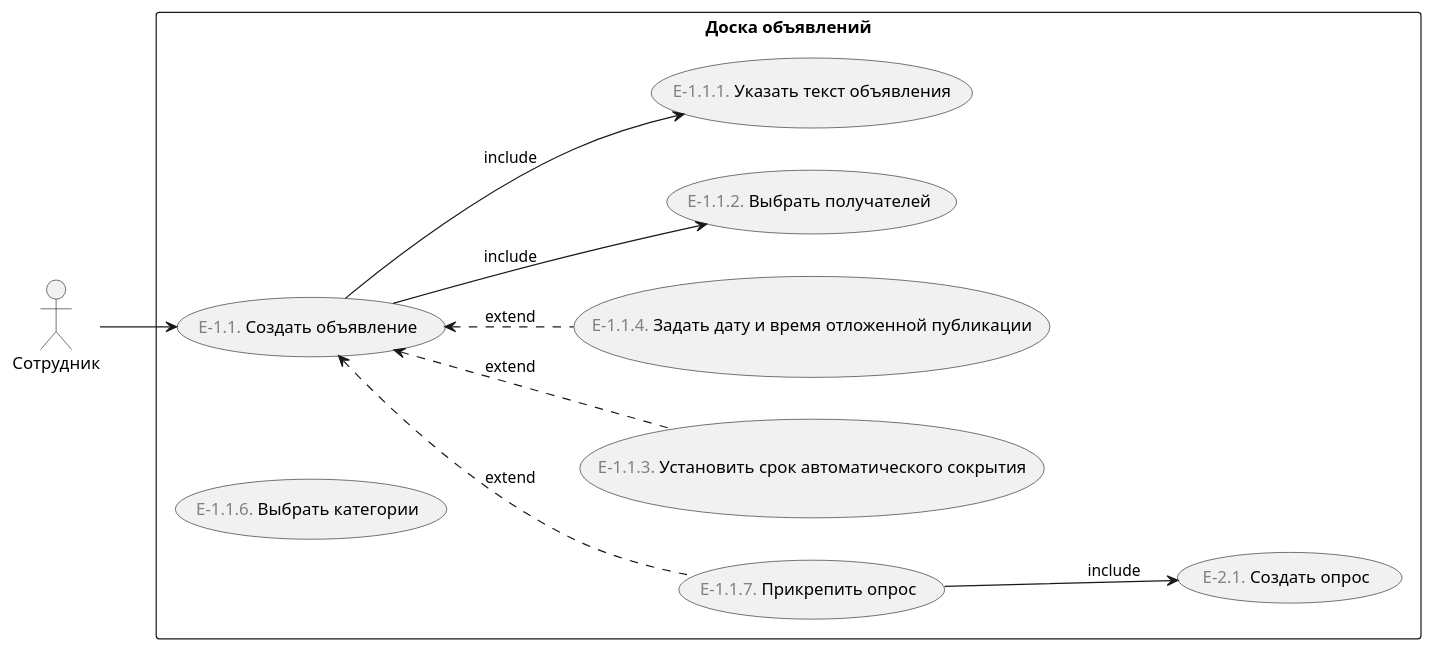
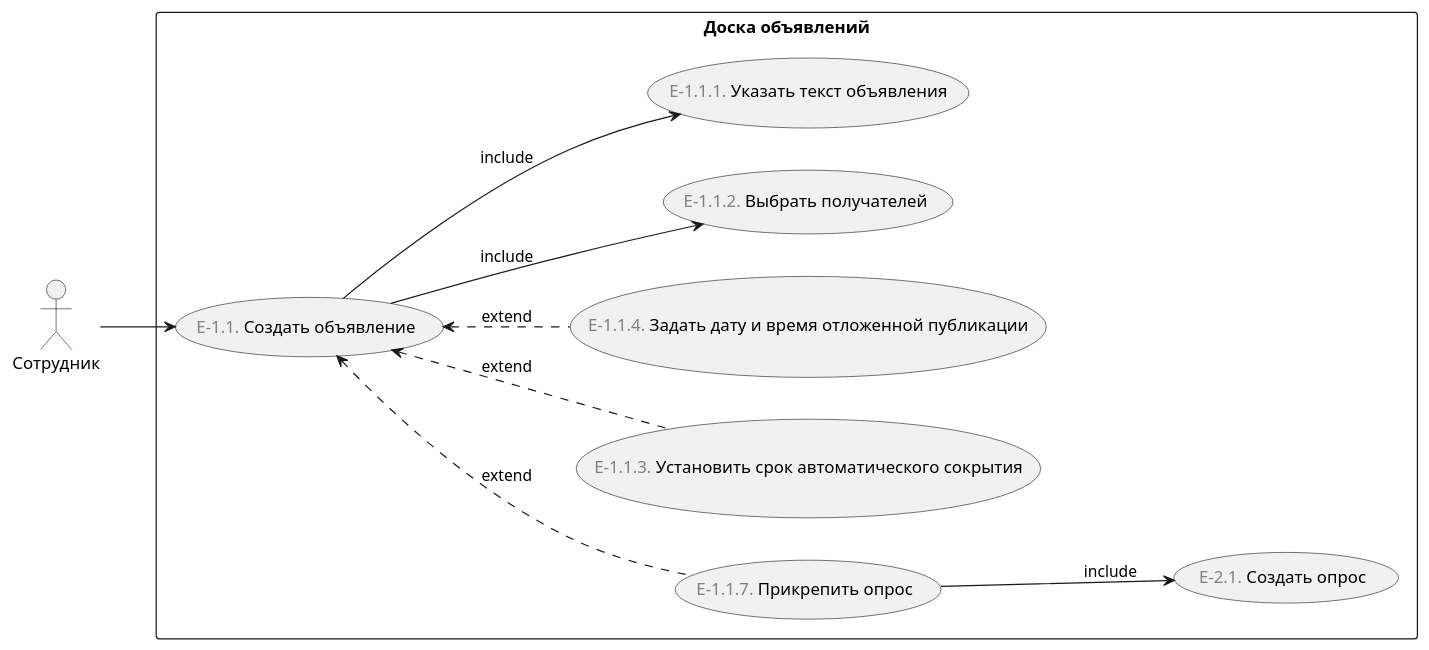
One commit to astu-app/ASTU-Bulletin-Board-Server changed the diagram in doc/диаграммы/варианты-использования/создать-объявление.puml. Above: the diagram before and after it, drawn with PlantUML. The commit also changed 1 other file, not shown here.

Commit message:
обновил диаграммы вариантов использования в реестре вариантов использования

```diff
--- a/doc/диаграммы/варианты-использования/создать-объявление.puml
+++ b/doc/диаграммы/варианты-использования/создать-объявление.puml
@@ -1,23 +1,22 @@
 @startuml
 'https://plantuml.com/use-case-diagram
 
 left to right direction
 
 :Сотрудник: as employee
 
 rectangle "Доска объявлений" {
     (<font color="gray">E-1.1.</font> Создать объявление) as create_announcement
     (<font color="gray">E-1.1.7.</font> Прикрепить опрос) as add_survey
-    (<font color="gray">E-1.1.6.</font> Выбрать категории) as select_categories
 
     employee --> create_announcement
      
     create_announcement <.. add_survey : extend
     create_announcement <.. (<font color="gray">E-1.1.3.</font> Установить срок автоматического сокрытия) : extend
     create_announcement <.. (<font color="gray">E-1.1.4.</font> Задать дату и время отложенной публикации) : extend
     create_announcement --> (<font color="gray">E-1.1.2.</font> Выбрать получателей) : include
     create_announcement --> (<font color="gray">E-1.1.1.</font> Указать текст объявления) : include
     
     add_survey --> (<font color="gray">E-2.1.</font> Создать опрос) : include
 }
 @enduml
```
